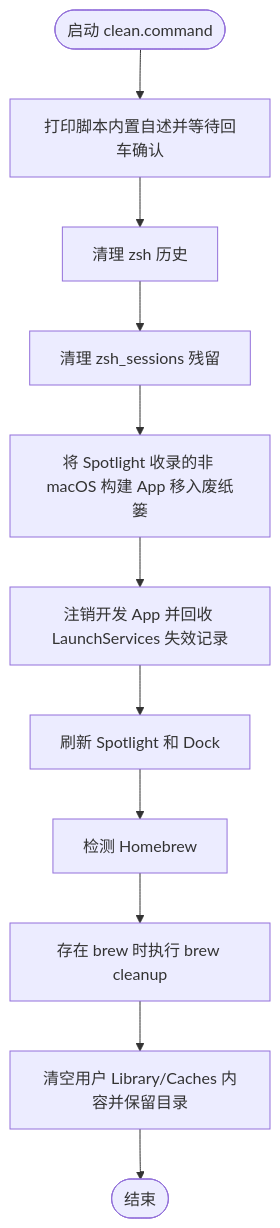
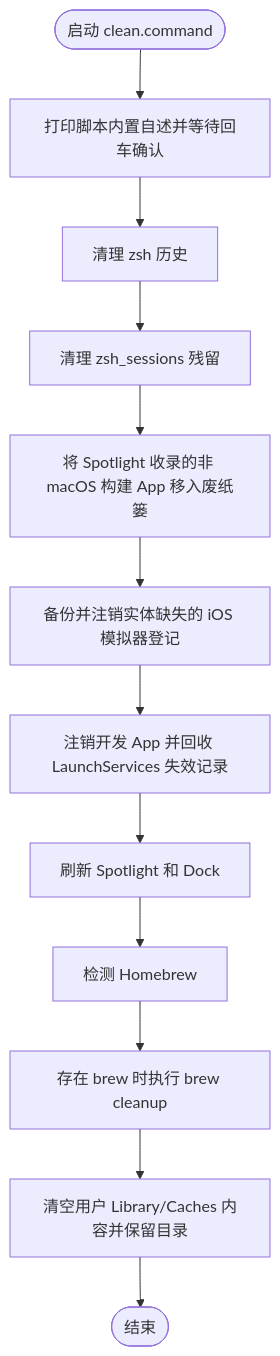
Before and after one commit to JobsKits/JobsMacEnvVarConfigs: the diagram in scripts/clean.command/README.md, drawn with Mermaid. The commit also changed other lines of this file and 36 other files, not shown here.

````diff
--- a/scripts/clean.command/README.md
+++ b/scripts/clean.command/README.md
@@ -75,24 +91,26 @@
 ```mermaid
 flowchart TD
     A([启动 clean.command])
     B[打印脚本内置自述并等待回车确认]
     A --> B
     C[清理 zsh 历史]
     B --> C
     D[清理 zsh_sessions 残留]
     C --> D
     E[将 Spotlight 收录的非 macOS 构建 App 移入废纸篓]
     D --> E
+    S[备份并注销实体缺失的 iOS 模拟器登记]
+    E --> S
     F[注销开发 App 并回收 LaunchServices 失效记录]
-    E --> F
+    S --> F
     G[刷新 Spotlight 和 Dock]
     F --> G
     H[检测 Homebrew]
     G --> H
     I[存在 brew 时执行 brew cleanup]
     H --> I
     J[清空用户 Library/Caches 内容并保留目录]
     I --> J
     K([结束])
     J --> K
 ```
````
